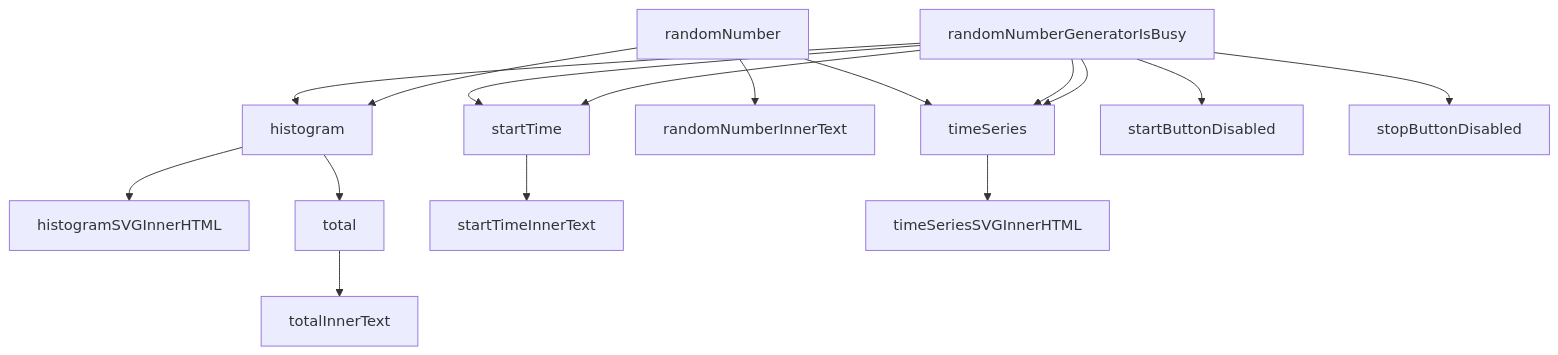
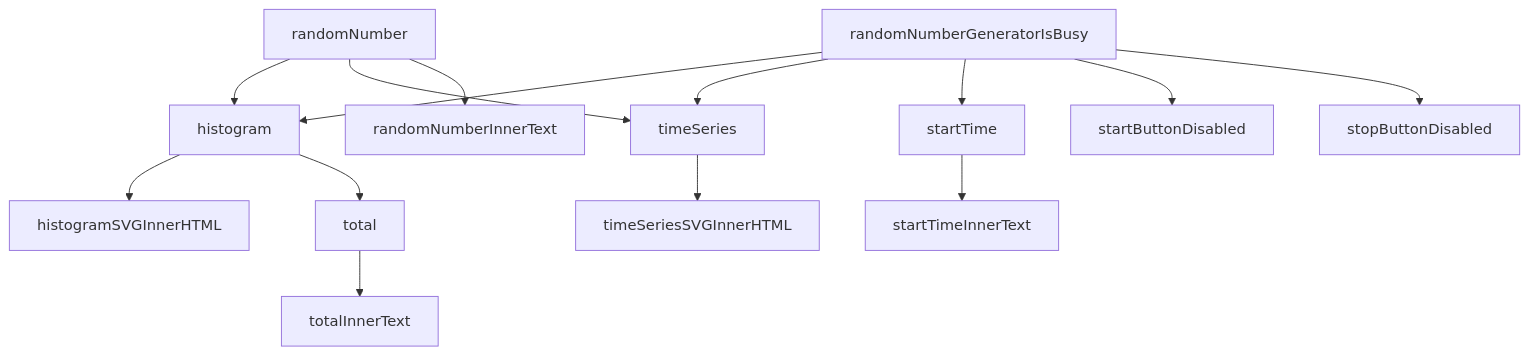
One commit to KaoruTaketani/DAQ-JS changed the diagram in README.md. Above: the diagram before and after it, drawn with Mermaid.

Commit message:
cleanup graph in readme

````diff
--- a/README.md
+++ b/README.md
@@ -46,24 +46,22 @@
 ```mermaid
 graph TD;
     %%elementValues-->totalInnerText;
     %%elementValues-->startTimeInnerText;
     %%elementValues-->stopButtonDisabled;
     %%elementValues-->randomNumberInnerText;
     histogram-->histogramSVGInnerHTML;
     histogram-->total;
     %%httpServer-->elementValues;
     %%httpServer-->webSocketPathnames;
     randomNumberGeneratorIsBusy-->histogram;
     randomNumber-->histogram;
     randomNumber-->timeSeries;
     randomNumber-->randomNumberInnerText;
     randomNumberGeneratorIsBusy-->timeSeries;
     randomNumberGeneratorIsBusy-->startTime;
-    randomNumberGeneratorIsBusy-->startTime;
     randomNumberGeneratorIsBusy-->startButtonDisabled;
     randomNumberGeneratorIsBusy-->stopButtonDisabled;
-    randomNumberGeneratorIsBusy-->timeSeries;
     startTime-->startTimeInnerText;
     timeSeries-->timeSeriesSVGInnerHTML;
     total-->totalInnerText;
 ```
````
